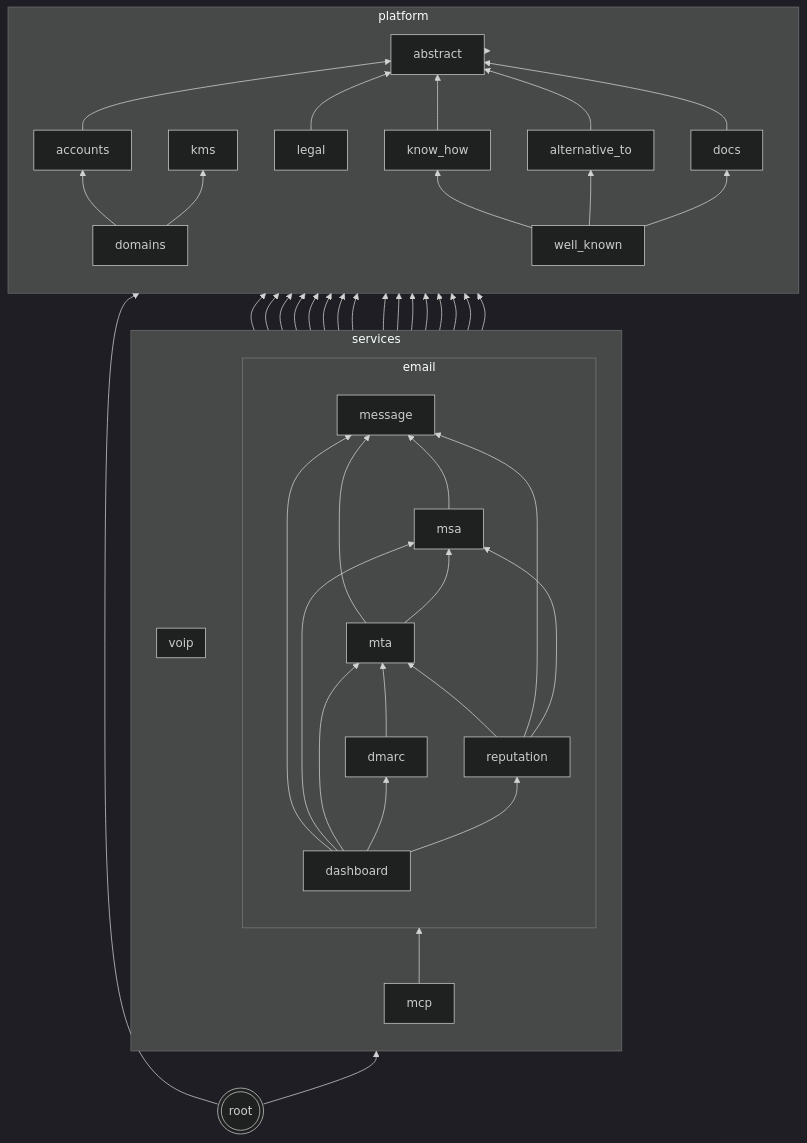
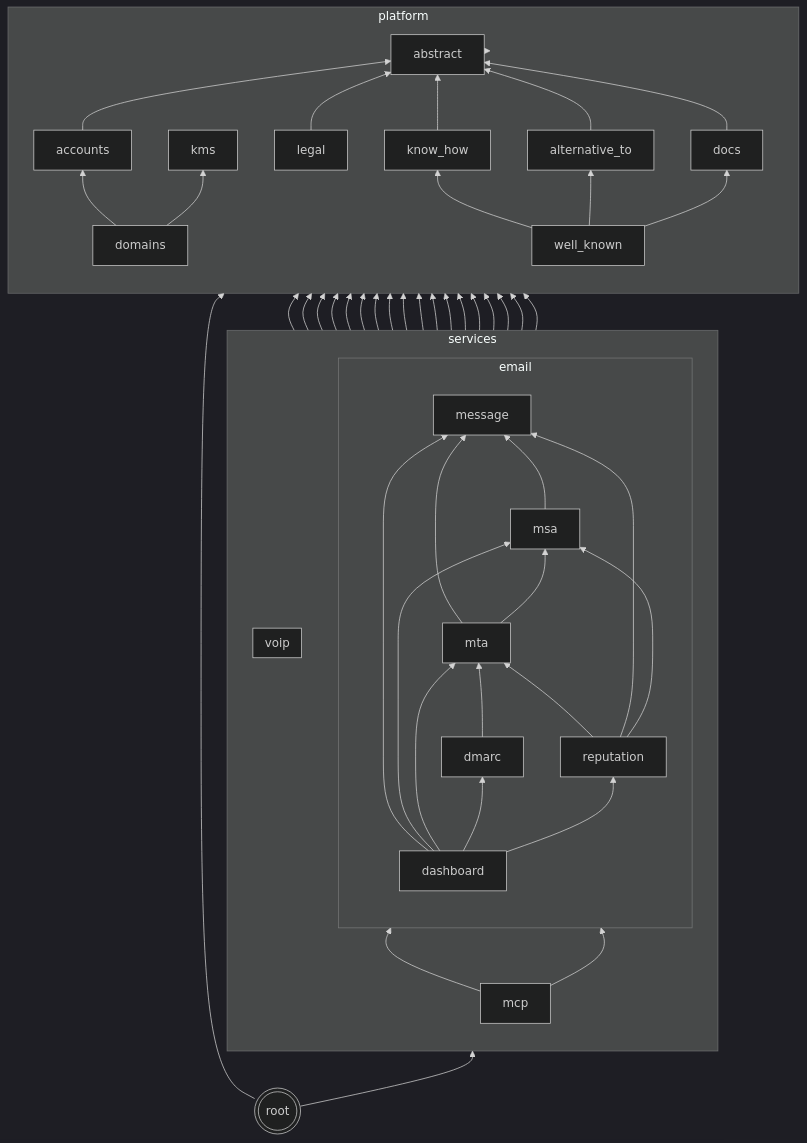
One commit to codingjoe/relay changed the second of 2 diagrams in README.md. Above: the diagram before and after it, drawn with Mermaid (dark theme). The commit also changed other lines of this file and 15 other files, not shown here.

````diff
--- a/README.md
+++ b/README.md
@@ -372,74 +373,77 @@
 ```mermaid
 graph BT
  abstract[abstract];
  kms[kms];
  subgraph platform
  direction BT
  accounts
  domains
  know_how[know_how]
  alternative_to[alternative_to]
  docs
  legal
  well_known[well_known]
  domains --> accounts
  accounts --> abstract
  domains --> kms
  legal --> abstract
  know_how --> abstract
  alternative_to --> abstract
  docs --> abstract
  well_known --> know_how
  well_known --> alternative_to
  well_known --> docs
  end
  subgraph services
  direction BT
  subgraph email
  direction BT
  dashboard[dashboard]
  message[message]
  msa
  mta
  dmarc
  reputation
  message --> accounts
  message --> domains
  message --> kms
  msa --> message
  msa --> accounts
  msa --> domains
  msa --> kms
  mta --> message
  mta --> msa
  mta --> accounts
  mta --> domains
  mta --> kms
  dmarc --> accounts
  dmarc --> domains
  dmarc --> mta
  reputation --> mta
  reputation --> message
  reputation --> domains
  reputation --> accounts
  reputation --> msa
  dashboard --> message
  dashboard --> msa
  dashboard --> mta
  dashboard --> dmarc
  dashboard --> reputation
  end
  mcp
  mcp --> abstract
  mcp --> accounts
+ mcp --> docs
+ mcp --> know_how
  mcp --> message
+ mcp --> msa
  subgraph voip
  direction BT
  end
  end
  services --> platform;
  platform --> abstract;
  root --> services;
  root --> platform;
  root(((root)))
 ```
````
